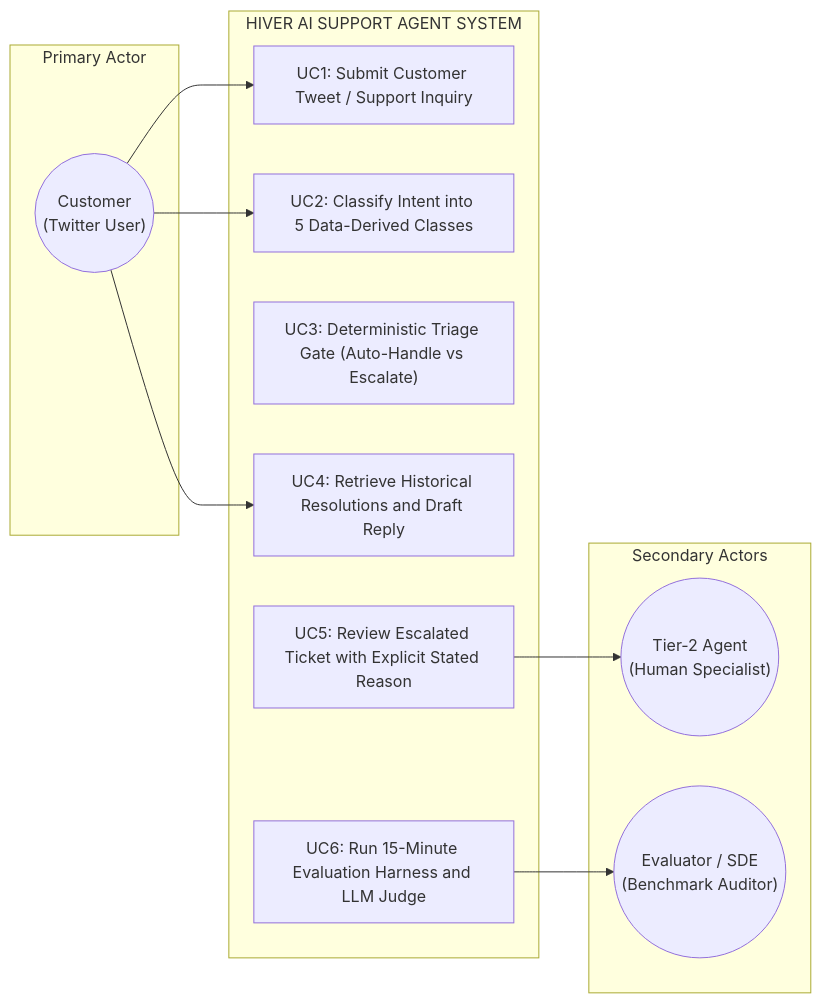
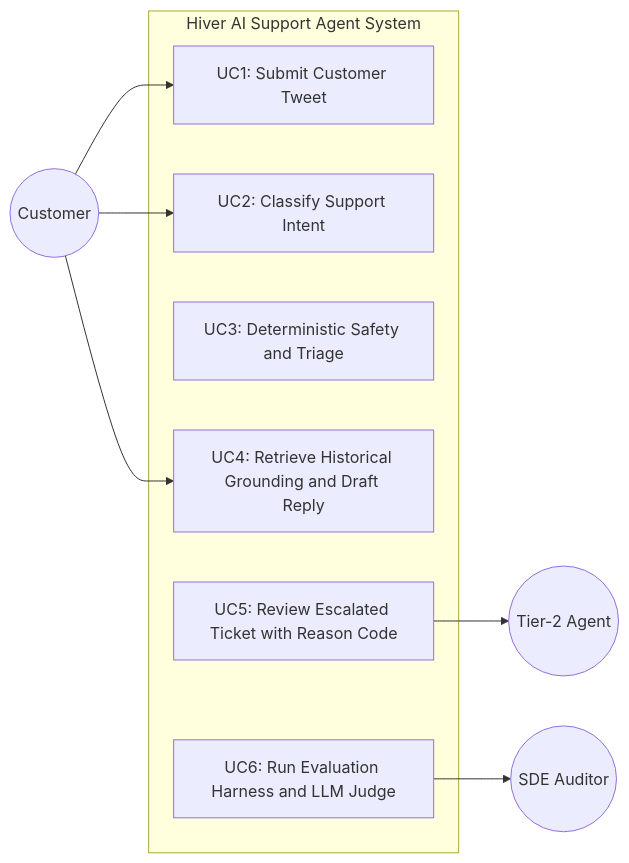
The third of 5 diagrams in README.md (nanthitha25/hiver_assignment), drawn with Mermaid before and after one commit. The commit also changed other lines of this file, not shown here.

Commit message:
docs: use clean and simple Mermaid blocks for all diagrams without external images or HTML

````diff
--- a/README.md
+++ b/README.md
@@ -158,26 +133,21 @@
 ```mermaid
 flowchart LR
-    subgraph Primary_Actor["Primary Actor"]
-        Customer(("Customer<br/>(Twitter User)"))
-    end
+    Customer((Customer))
+    Agent((Tier-2 Agent))
+    Auditor((SDE Auditor))
 
-    subgraph System_Boundary["HIVER AI SUPPORT AGENT SYSTEM"]
-        UC1["UC1: Submit Customer Tweet / Support Inquiry"]
-        UC2["UC2: Classify Intent into 5 Data-Derived Classes"]
-        UC3["UC3: Deterministic Triage Gate (Auto-Handle vs Escalate)"]
-        UC4["UC4: Retrieve Historical Resolutions and Draft Reply"]
-        UC5["UC5: Review Escalated Ticket with Explicit Stated Reason"]
-        UC6["UC6: Run 15-Minute Evaluation Harness and LLM Judge"]
-    end
-
-    subgraph Secondary_Actors["Secondary Actors"]
-        HumanAgent(("Tier-2 Agent<br/>(Human Specialist)"))
-        Auditor(("Evaluator / SDE<br/>(Benchmark Auditor)"))
+    subgraph System["Hiver AI Support Agent System"]
+        UC1[UC1: Submit Customer Tweet]
+        UC2[UC2: Classify Support Intent]
+        UC3[UC3: Deterministic Safety and Triage]
+        UC4[UC4: Retrieve Historical Grounding and Draft Reply]
+        UC5[UC5: Review Escalated Ticket with Reason Code]
+        UC6[UC6: Run Evaluation Harness and LLM Judge]
     end
 
     Customer --> UC1
     Customer --> UC2
     Customer --> UC4
-    UC5 --> HumanAgent
+    UC5 --> Agent
     UC6 --> Auditor
 ```
````
